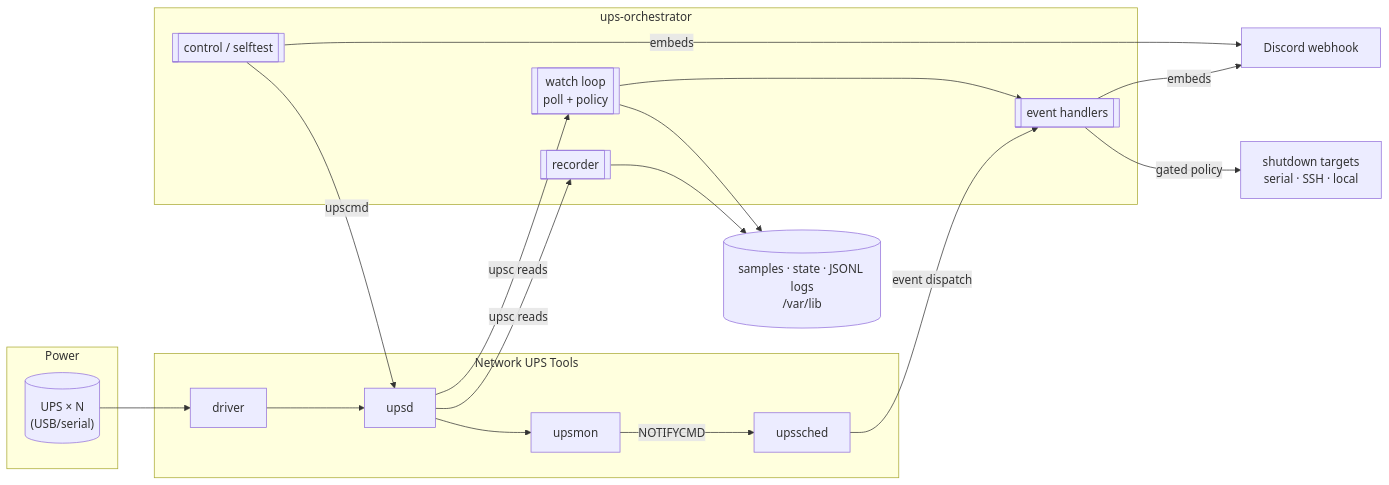
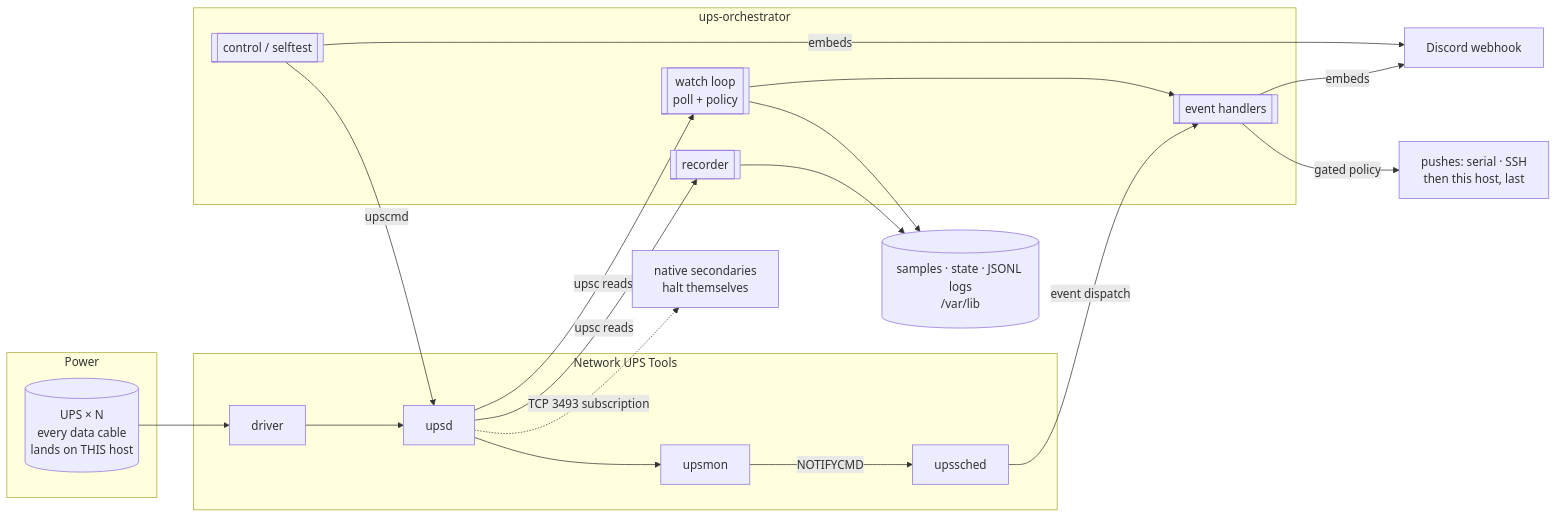
One commit to kleinpanic/ups-orchestrator changed the first of 3 diagrams in README.md. Above: the diagram before and after it, drawn with Mermaid. The commit also changed other lines of this file and 8 other files, not shown here.

````diff
--- a/README.md
+++ b/README.md
@@ -36,28 +128,29 @@
 ```mermaid
 flowchart LR
   subgraph HW["Power"]
-    UPS[("UPS × N<br/>(USB/serial)")]
+    UPS[("UPS × N<br/>every data cable<br/>lands on THIS host")]
   end
   subgraph NUT["Network UPS Tools"]
     DRV[driver] --> UPSD[upsd]
     UPSD --> UPSMON[upsmon]
     UPSMON -->|NOTIFYCMD| SCHED[upssched]
   end
   subgraph ORCH["ups-orchestrator"]
     WATCH[["watch loop<br/>poll + policy"]]
     EVENTS[[event handlers]]
     REC[[recorder]]
     CTL[[control / selftest]]
   end
   UPS --> DRV
   UPSD -->|upsc reads| WATCH
   UPSD -->|upsc reads| REC
   SCHED -->|event dispatch| EVENTS
   CTL -->|upscmd| UPSD
   WATCH --> EVENTS
   EVENTS -->|embeds| DISCORD["Discord webhook"]
   CTL -->|embeds| DISCORD
-  EVENTS -->|gated policy| SHUT["shutdown targets<br/>serial · SSH · local"]
+  EVENTS -->|gated policy| SHUT["pushes: serial · SSH<br/>then this host, last"]
+  UPSD -.->|"TCP 3493 subscription"| NATIVE["native secondaries<br/>halt themselves"]
   REC --> STORE[("samples · state · JSONL logs<br/>/var/lib")]
   WATCH --> STORE
 ```
````
